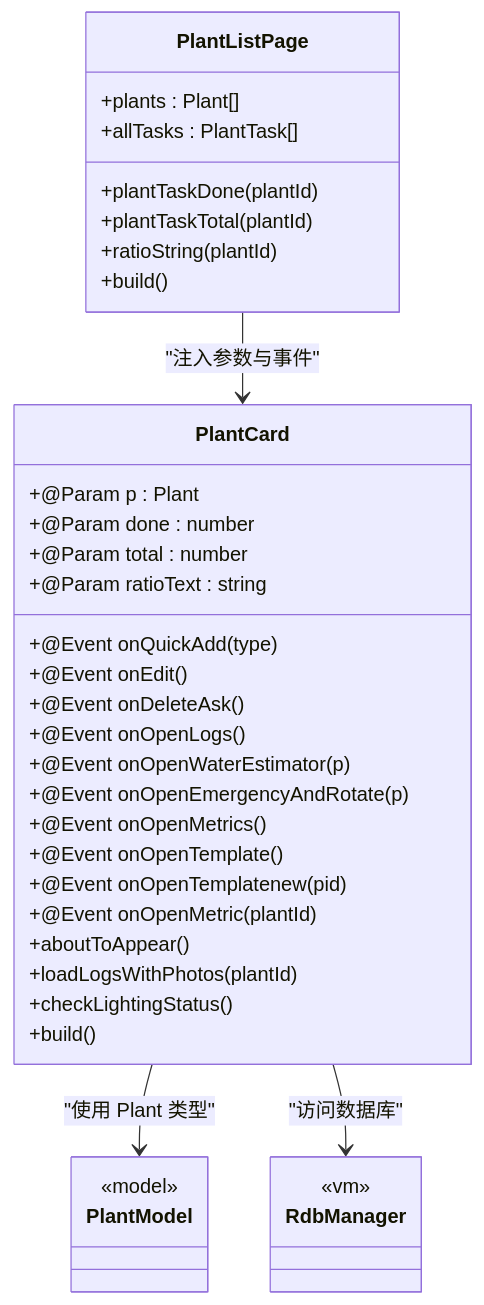
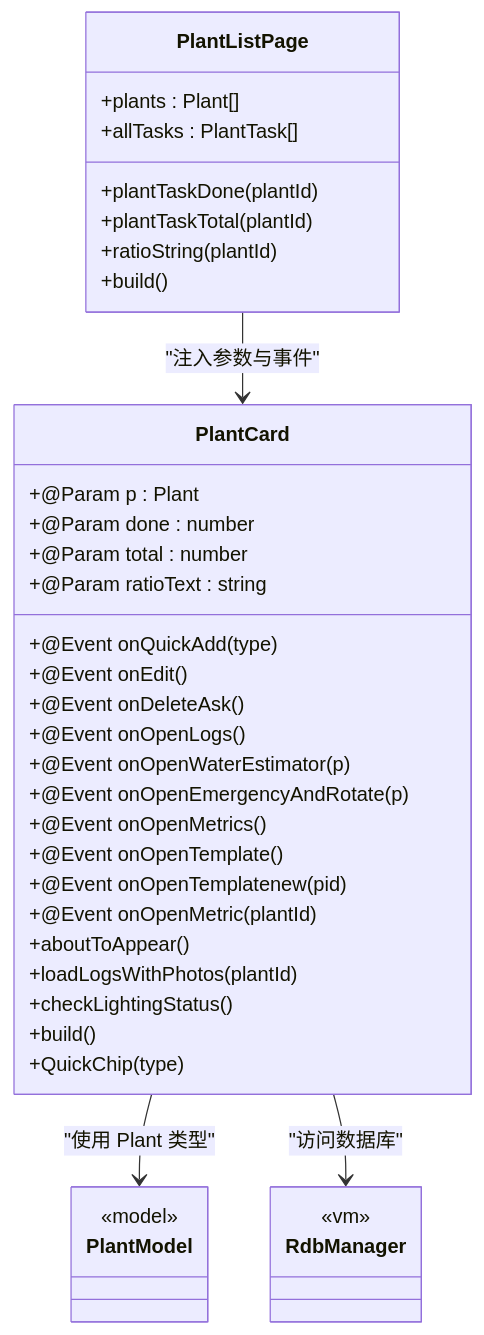
The seventh of 7 diagrams in .qoder/repowiki/zh/content/UI组件/植物卡片组件 PlantCard.md (mmt1202/PlantModel), drawn with Mermaid before and after one commit. The commit also changed other lines of this file and 14 other files, not shown here.

````diff
--- a/.qoder/repowiki/zh/content/UI组件/植物卡片组件 PlantCard.md
+++ b/.qoder/repowiki/zh/content/UI组件/植物卡片组件 PlantCard.md
@@ -262,40 +315,41 @@
 ```mermaid
 classDiagram
 class PlantCard {
 +@Param p : Plant
 +@Param done : number
 +@Param total : number
 +@Param ratioText : string
 +@Event onQuickAdd(type)
 +@Event onEdit()
 +@Event onDeleteAsk()
 +@Event onOpenLogs()
 +@Event onOpenWaterEstimator(p)
 +@Event onOpenEmergencyAndRotate(p)
 +@Event onOpenMetrics()
 +@Event onOpenTemplate()
 +@Event onOpenTemplatenew(pid)
 +@Event onOpenMetric(plantId)
 +aboutToAppear()
 +loadLogsWithPhotos(plantId)
 +checkLightingStatus()
 +build()
++QuickChip(type)
 }
 class PlantListPage {
 +plants : Plant[]
 +allTasks : PlantTask[]
 +plantTaskDone(plantId)
 +plantTaskTotal(plantId)
 +ratioString(plantId)
 +build()
 }
 class PlantModel {
 <<model>>
 }
 class RdbManager {
 <<vm>>
 }
 PlantListPage --> PlantCard : "注入参数与事件"
 PlantCard --> PlantModel : "使用 Plant 类型"
 PlantCard --> RdbManager : "访问数据库"
 ```
````
